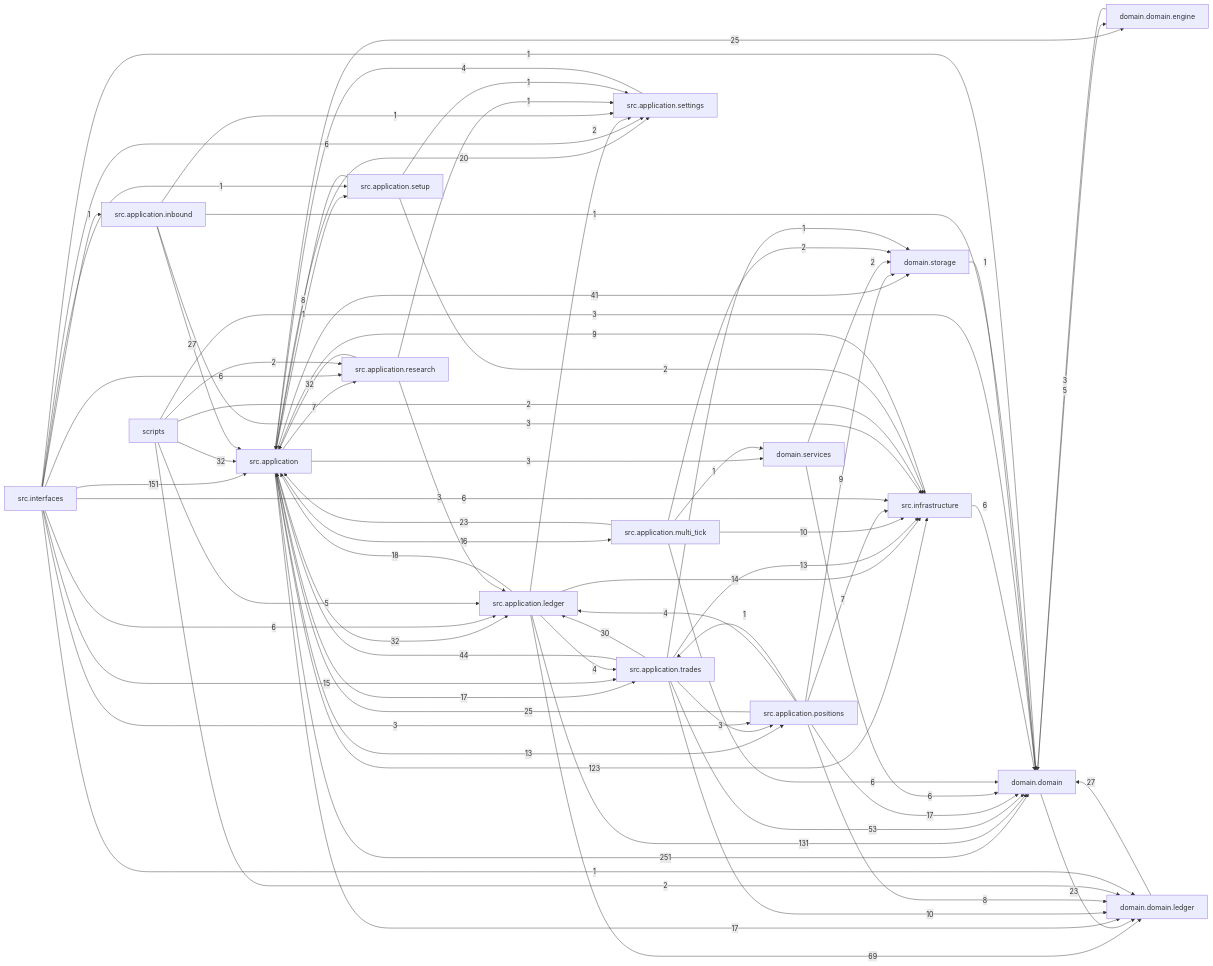
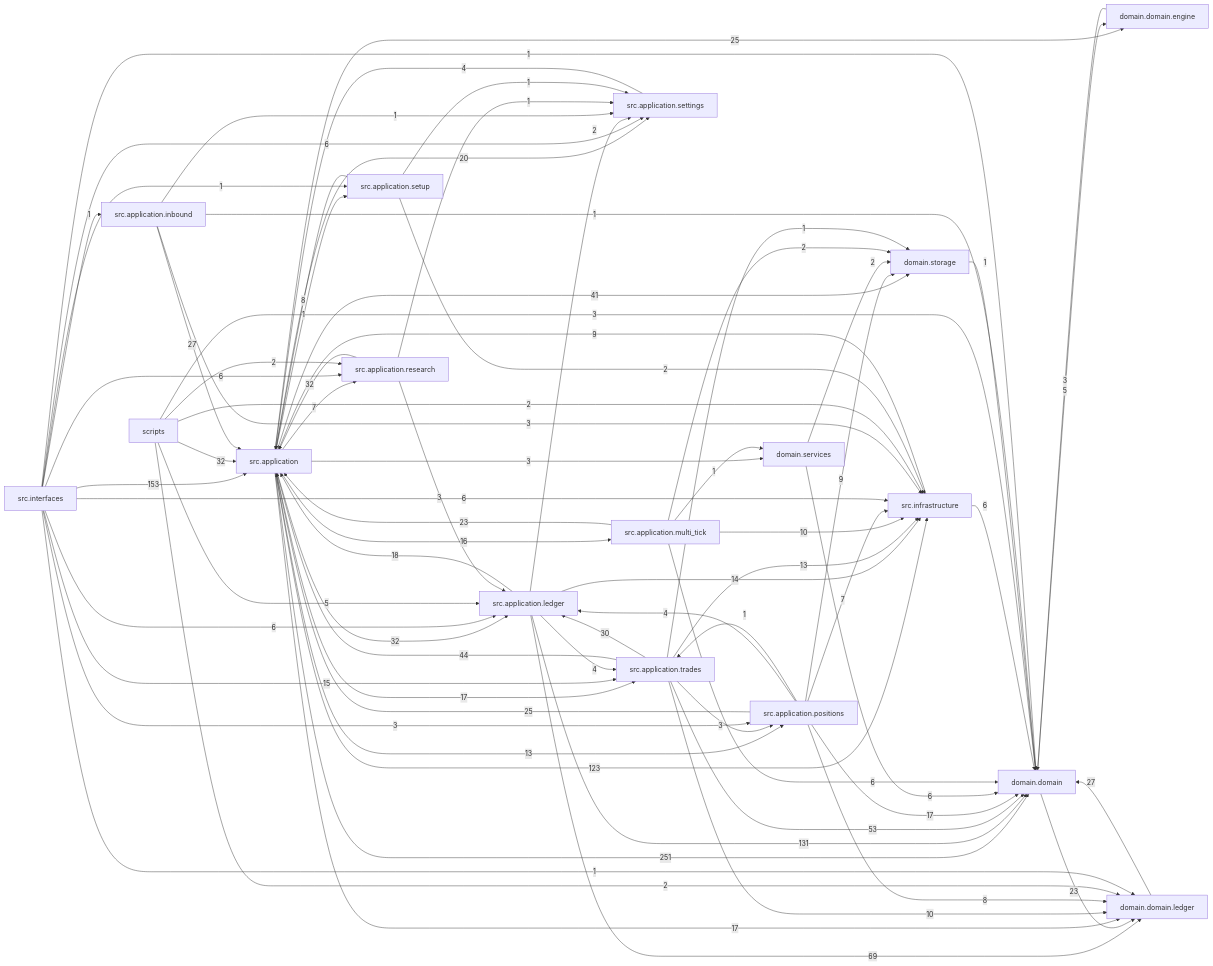
Before and after one commit to liuxie066/options-monitor: the diagram in docs/dependency_graph.mmd, drawn with Mermaid. The commit also changed 14 other files, not shown here.

```diff
--- a/docs/dependency_graph.mmd
+++ b/docs/dependency_graph.mmd
@@ -1,76 +1,76 @@
 flowchart LR
   src_application["src.application"] -->|251| domain_domain["domain.domain"]
-  src_interfaces["src.interfaces"] -->|151| src_application["src.application"]
+  src_interfaces["src.interfaces"] -->|153| src_application["src.application"]
   src_application_ledger["src.application.ledger"] -->|131| domain_domain["domain.domain"]
   src_application["src.application"] -->|123| src_infrastructure["src.infrastructure"]
   src_application_ledger["src.application.ledger"] -->|69| domain_domain_ledger["domain.domain.ledger"]
   src_application_trades["src.application.trades"] -->|53| domain_domain["domain.domain"]
   src_application_trades["src.application.trades"] -->|44| src_application["src.application"]
   src_application["src.application"] -->|41| domain_storage["domain.storage"]
   scripts["scripts"] -->|32| src_application["src.application"]
   src_application["src.application"] -->|32| src_application_ledger["src.application.ledger"]
   src_application_research["src.application.research"] -->|32| src_application["src.application"]
   src_application_trades["src.application.trades"] -->|30| src_application_ledger["src.application.ledger"]
   domain_domain_ledger["domain.domain.ledger"] -->|27| domain_domain["domain.domain"]
   src_application_inbound["src.application.inbound"] -->|27| src_application["src.application"]
   src_application["src.application"] -->|25| domain_domain_engine["domain.domain.engine"]
   src_application_positions["src.application.positions"] -->|25| src_application["src.application"]
   domain_domain["domain.domain"] -->|23| domain_domain_ledger["domain.domain.ledger"]
   src_application_multi_tick["src.application.multi_tick"] -->|23| src_application["src.application"]
   src_application["src.application"] -->|20| src_application_settings["src.application.settings"]
   src_application_ledger["src.application.ledger"] -->|18| src_application["src.application"]
   src_application["src.application"] -->|17| domain_domain_ledger["domain.domain.ledger"]
   src_application["src.application"] -->|17| src_application_trades["src.application.trades"]
   src_application_positions["src.application.positions"] -->|17| domain_domain["domain.domain"]
   src_application["src.application"] -->|16| src_application_multi_tick["src.application.multi_tick"]
   src_interfaces["src.interfaces"] -->|15| src_application_trades["src.application.trades"]
   src_application_ledger["src.application.ledger"] -->|14| src_infrastructure["src.infrastructure"]
   src_application["src.application"] -->|13| src_application_positions["src.application.positions"]
   src_application_trades["src.application.trades"] -->|13| src_infrastructure["src.infrastructure"]
   src_application_multi_tick["src.application.multi_tick"] -->|10| src_infrastructure["src.infrastructure"]
   src_application_trades["src.application.trades"] -->|10| domain_domain_ledger["domain.domain.ledger"]
   src_application_positions["src.application.positions"] -->|9| domain_storage["domain.storage"]
   src_infrastructure["src.infrastructure"] -->|9| src_application["src.application"]
   src_application_positions["src.application.positions"] -->|8| domain_domain_ledger["domain.domain.ledger"]
   src_application_setup["src.application.setup"] -->|8| src_application["src.application"]
   src_application["src.application"] -->|7| src_application_research["src.application.research"]
   src_application_positions["src.application.positions"] -->|7| src_infrastructure["src.infrastructure"]
   domain_services["domain.services"] -->|6| domain_domain["domain.domain"]
   src_application_multi_tick["src.application.multi_tick"] -->|6| domain_domain["domain.domain"]
   src_infrastructure["src.infrastructure"] -->|6| domain_domain["domain.domain"]
   src_interfaces["src.interfaces"] -->|6| src_application_ledger["src.application.ledger"]
   src_interfaces["src.interfaces"] -->|6| src_application_research["src.application.research"]
   src_interfaces["src.interfaces"] -->|6| src_application_settings["src.application.settings"]
   src_interfaces["src.interfaces"] -->|6| src_infrastructure["src.infrastructure"]
   domain_domain["domain.domain"] -->|5| domain_domain_engine["domain.domain.engine"]
   scripts["scripts"] -->|5| src_application_ledger["src.application.ledger"]
   src_application_ledger["src.application.ledger"] -->|4| src_application_trades["src.application.trades"]
   src_application_positions["src.application.positions"] -->|4| src_application_ledger["src.application.ledger"]
   src_application_settings["src.application.settings"] -->|4| src_application["src.application"]
   domain_domain_engine["domain.domain.engine"] -->|3| domain_domain["domain.domain"]
   scripts["scripts"] -->|3| domain_domain["domain.domain"]
   src_application["src.application"] -->|3| domain_services["domain.services"]
   src_application_inbound["src.application.inbound"] -->|3| src_infrastructure["src.infrastructure"]
   src_application_research["src.application.research"] -->|3| src_application_ledger["src.application.ledger"]
   src_application_trades["src.application.trades"] -->|3| src_application_positions["src.application.positions"]
   src_interfaces["src.interfaces"] -->|3| src_application_positions["src.application.positions"]
   domain_services["domain.services"] -->|2| domain_storage["domain.storage"]
   scripts["scripts"] -->|2| domain_domain_ledger["domain.domain.ledger"]
   scripts["scripts"] -->|2| src_application_research["src.application.research"]
   scripts["scripts"] -->|2| src_infrastructure["src.infrastructure"]
   src_application_ledger["src.application.ledger"] -->|2| src_application_settings["src.application.settings"]
   src_application_multi_tick["src.application.multi_tick"] -->|2| domain_storage["domain.storage"]
   src_application_setup["src.application.setup"] -->|2| src_infrastructure["src.infrastructure"]
   domain_storage["domain.storage"] -->|1| domain_domain["domain.domain"]
   src_application["src.application"] -->|1| src_application_setup["src.application.setup"]
   src_application_inbound["src.application.inbound"] -->|1| domain_domain["domain.domain"]
   src_application_inbound["src.application.inbound"] -->|1| src_application_settings["src.application.settings"]
   src_application_multi_tick["src.application.multi_tick"] -->|1| domain_services["domain.services"]
   src_application_positions["src.application.positions"] -->|1| src_application_trades["src.application.trades"]
   src_application_research["src.application.research"] -->|1| src_application_settings["src.application.settings"]
   src_application_setup["src.application.setup"] -->|1| src_application_settings["src.application.settings"]
   src_application_trades["src.application.trades"] -->|1| domain_storage["domain.storage"]
   src_interfaces["src.interfaces"] -->|1| domain_domain["domain.domain"]
   src_interfaces["src.interfaces"] -->|1| domain_domain_ledger["domain.domain.ledger"]
   src_interfaces["src.interfaces"] -->|1| src_application_inbound["src.application.inbound"]
   src_interfaces["src.interfaces"] -->|1| src_application_setup["src.application.setup"]
```
